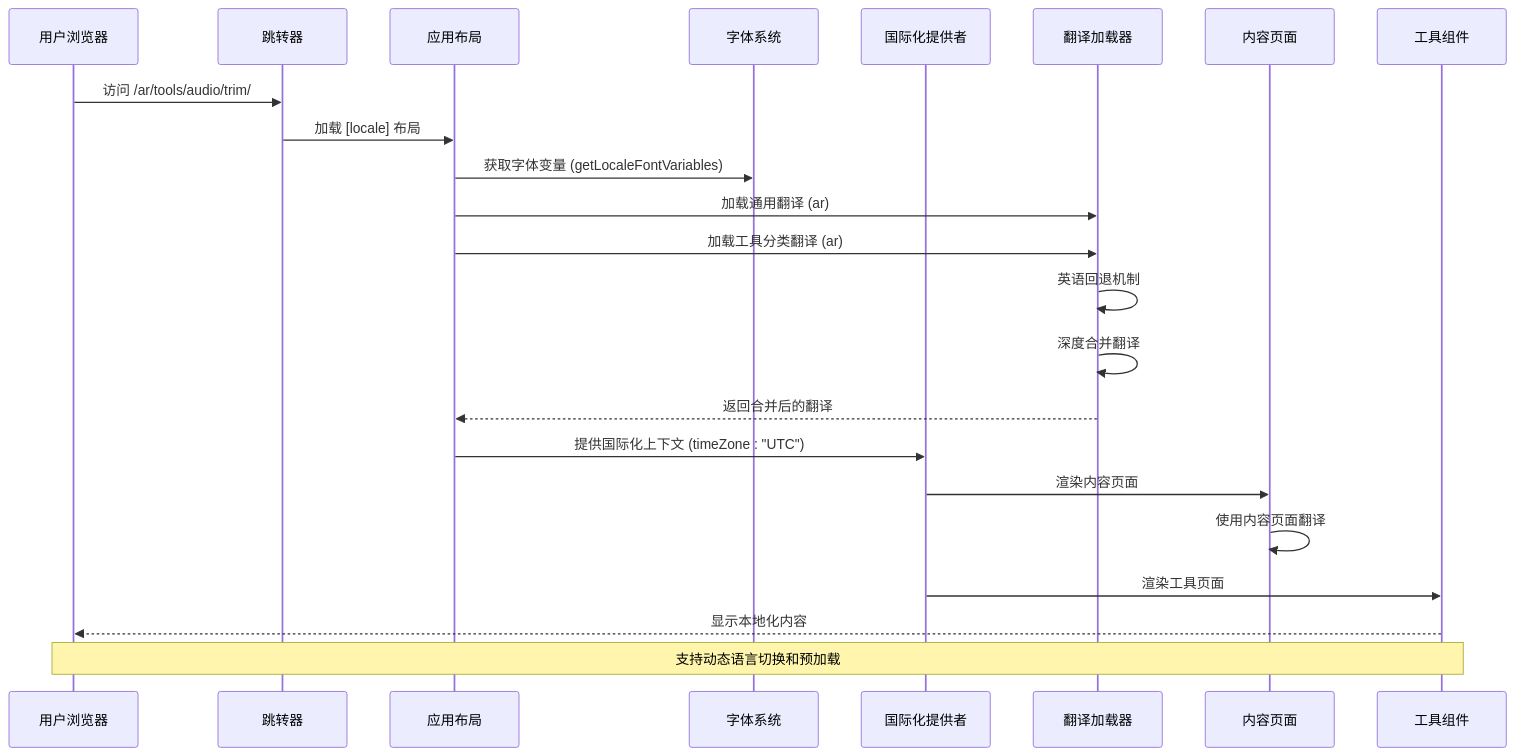
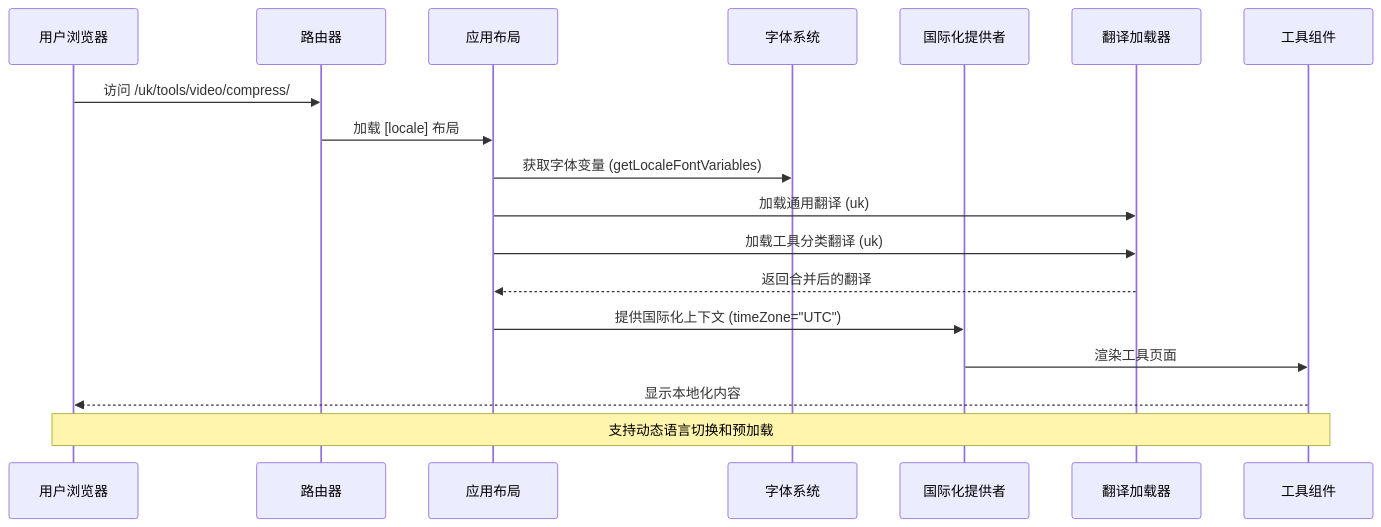
The sixth of 13 diagrams in .qoder/repowiki/zh/content/技术架构/国际化系统.md (sgyy/privadeck), drawn with Mermaid before and after one commit. The commit also changed other lines of this file and 48 other files, not shown here.

````diff
--- a/.qoder/repowiki/zh/content/技术架构/国际化系统.md
+++ b/.qoder/repowiki/zh/content/技术架构/国际化系统.md
@@ -592,25 +397,20 @@
 ```mermaid
 sequenceDiagram
 participant User as 用户浏览器
-participant Router as 跳转器
+participant Router as 路由器
 participant Layout as 应用布局
 participant Fonts as 字体系统
 participant Provider as 国际化提供者
 participant Messages as 翻译加载器
-participant ContentPages as 内容页面
 participant Tools as 工具组件
-User->>Router : 访问 /ar/tools/audio/trim/
+User->>Router : 访问 /uk/tools/video/compress/
 Router->>Layout : 加载 [locale] 布局
 Layout->>Fonts : 获取字体变量 (getLocaleFontVariables)
-Layout->>Messages : 加载通用翻译 (ar)
-Layout->>Messages : 加载工具分类翻译 (ar)
-Messages->>Messages : 英语回退机制
-Messages->>Messages : 深度合并翻译
+Layout->>Messages : 加载通用翻译 (uk)
+Layout->>Messages : 加载工具分类翻译 (uk)
 Messages-->>Layout : 返回合并后的翻译
-Layout->>Provider : 提供国际化上下文 (timeZone : "UTC")
-Provider->>ContentPages : 渲染内容页面
-ContentPages->>ContentPages : 使用内容页面翻译
+Layout->>Provider : 提供国际化上下文 (timeZone="UTC")
 Provider->>Tools : 渲染工具页面
 Tools-->>User : 显示本地化内容
 Note over User,Tools : 支持动态语言切换和预加载
 ```
````
